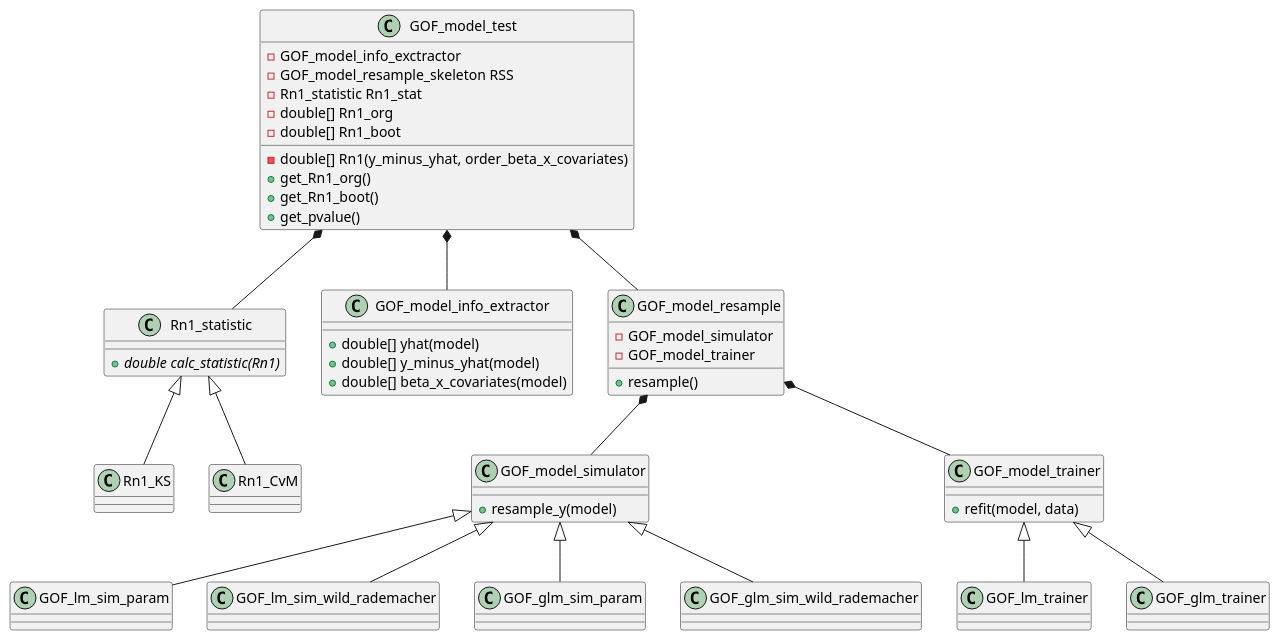
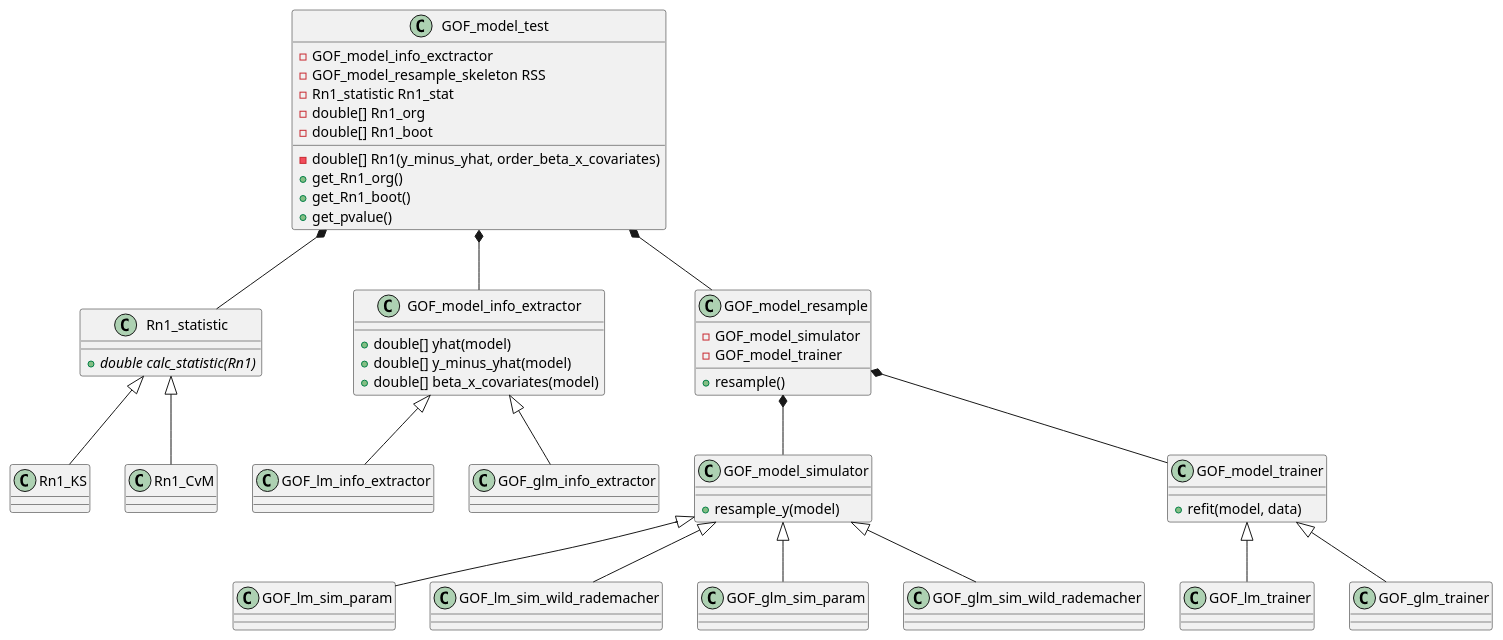
Before and after one commit to MarselScheer/bootGOF: the diagram in design.plantuml, drawn with PlantUML.

Commit message:
add lm/glm info extractor to uml

```diff
--- a/design.plantuml
+++ b/design.plantuml
@@ -1,45 +1,47 @@
 @startuml
 class Rn1_statistic {
     + {abstract} double calc_statistic(Rn1)
 }
 Rn1_statistic <|-- Rn1_KS
 Rn1_statistic <|-- Rn1_CvM
 class GOF_model_simulator {
     + resample_y(model)
 }
 GOF_model_simulator <|-- GOF_lm_sim_param
 GOF_model_simulator <|-- GOF_lm_sim_wild_rademacher
 GOF_model_simulator <|-- GOF_glm_sim_param
 GOF_model_simulator <|-- GOF_glm_sim_wild_rademacher
 class GOF_model_trainer {
     + refit(model, data)
 }
 GOF_model_trainer <|-- GOF_lm_trainer
 GOF_model_trainer <|-- GOF_glm_trainer
 class GOF_model_info_extractor {
     + double[] yhat(model)
     + double[] y_minus_yhat(model)
     + double[] beta_x_covariates(model)
 }
+GOF_model_info_extractor <|-- GOF_lm_info_extractor
+GOF_model_info_extractor <|-- GOF_glm_info_extractor
 class GOF_model_resample {
     - GOF_model_simulator
     - GOF_model_trainer
     + resample()
 }
 GOF_model_resample *-- GOF_model_simulator
 GOF_model_resample *-- GOF_model_trainer
 class GOF_model_test {
     - GOF_model_info_exctractor
     - GOF_model_resample_skeleton RSS
     - Rn1_statistic Rn1_stat
     - double[] Rn1_org
     - double[] Rn1_boot
     - double[] Rn1(y_minus_yhat, order_beta_x_covariates)
     + get_Rn1_org()
     + get_Rn1_boot()
     + get_pvalue()
 }
 GOF_model_test *-- GOF_model_info_extractor
 GOF_model_test *-- GOF_model_resample
 GOF_model_test *-- Rn1_statistic
 @enduml
```
